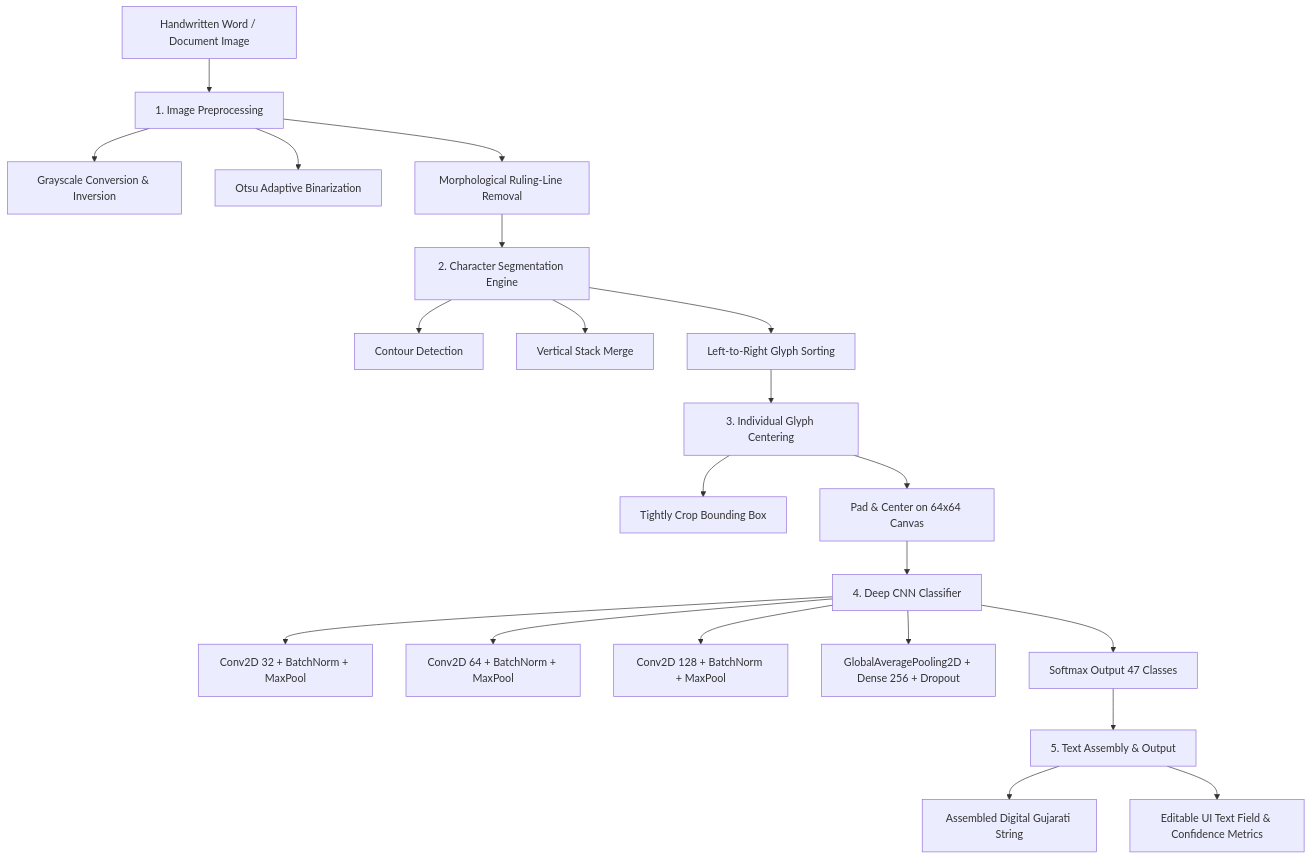
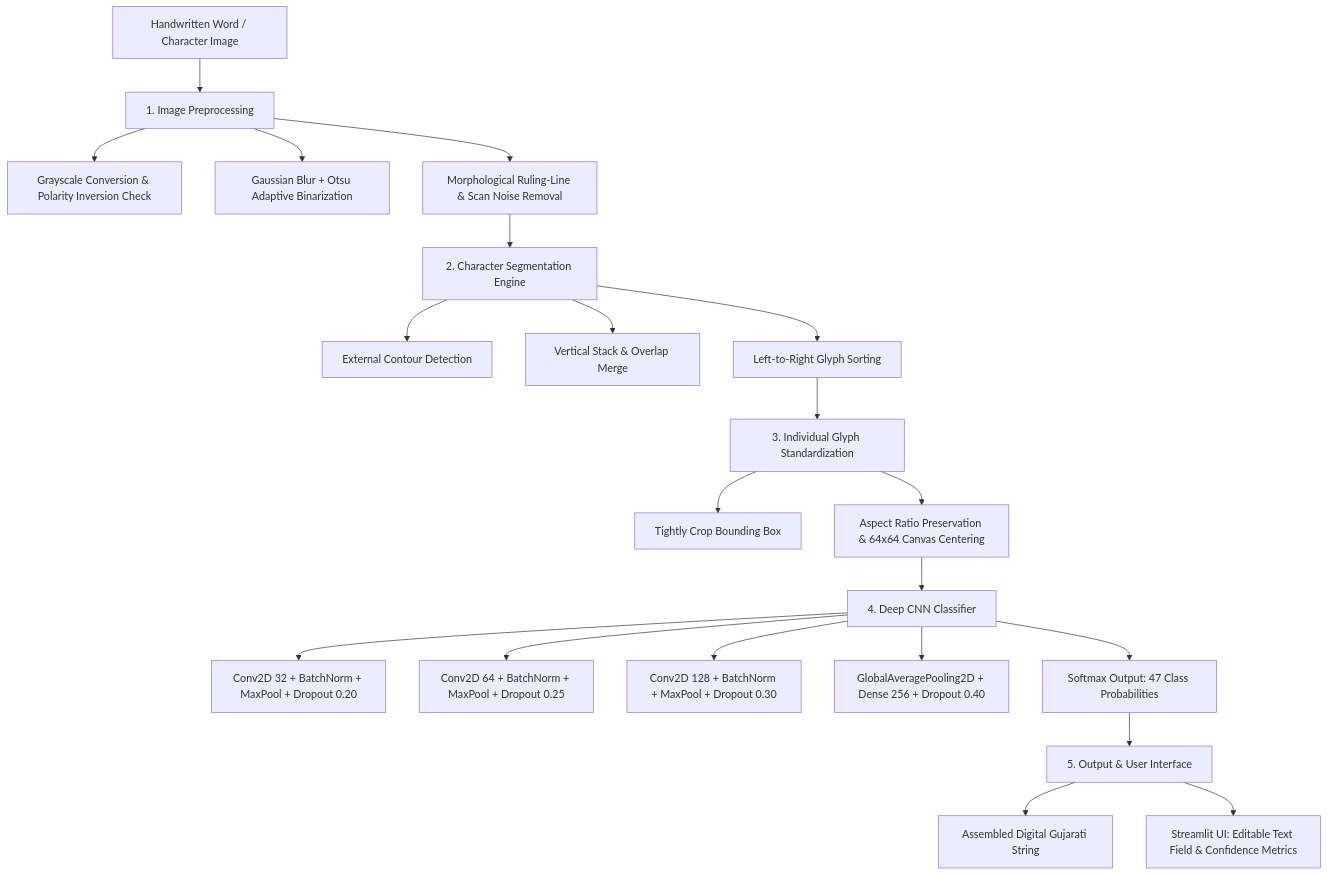
One commit to v0hra27/Gujarati-Handwriting-Recognition changed the diagram in README.md. Above: the diagram before and after it, drawn with Mermaid. The commit also changed other lines of this file and 4 other files, not shown here.

````diff
--- a/README.md
+++ b/README.md
@@ -18,27 +28,27 @@
 ```mermaid
 graph TD
-    A[Handwritten Word / Document Image] --> B[1. Image Preprocessing]
-    B --> B1[Grayscale Conversion & Inversion]
-    B --> B2[Otsu Adaptive Binarization]
-    B --> B3[Morphological Ruling-Line Removal]
+    A[Handwritten Word / Character Image] --> B[1. Image Preprocessing]
+    B --> B1[Grayscale Conversion & Polarity Inversion Check]
+    B --> B2[Gaussian Blur + Otsu Adaptive Binarization]
+    B --> B3[Morphological Ruling-Line & Scan Noise Removal]
     
     B3 --> C[2. Character Segmentation Engine]
-    C --> C1[Contour Detection]
-    C --> C2[Vertical Stack Merge]
+    C --> C1[External Contour Detection]
+    C --> C2[Vertical Stack & Overlap Merge]
     C --> C3[Left-to-Right Glyph Sorting]
     
-    C3 --> D[3. Individual Glyph Centering]
+    C3 --> D[3. Individual Glyph Standardization]
     D --> D1[Tightly Crop Bounding Box]
-    D --> D2[Pad & Center on 64x64 Canvas]
+    D --> D2[Aspect Ratio Preservation & 64x64 Canvas Centering]
     
     D2 --> E[4. Deep CNN Classifier]
-    E --> E1[Conv2D 32 + BatchNorm + MaxPool]
-    E --> E2[Conv2D 64 + BatchNorm + MaxPool]
-    E --> E3[Conv2D 128 + BatchNorm + MaxPool]
-    E --> E4[GlobalAveragePooling2D + Dense 256 + Dropout]
-    E --> E5[Softmax Output 47 Classes]
+    E --> E1[Conv2D 32 + BatchNorm + MaxPool + Dropout 0.20]
+    E --> E2[Conv2D 64 + BatchNorm + MaxPool + Dropout 0.25]
+    E --> E3[Conv2D 128 + BatchNorm + MaxPool + Dropout 0.30]
+    E --> E4[GlobalAveragePooling2D + Dense 256 + Dropout 0.40]
+    E --> E5[Softmax Output: 47 Class Probabilities]
     
-    E5 --> F[5. Text Assembly & Output]
+    E5 --> F[5. Output & User Interface]
     F --> F1[Assembled Digital Gujarati String]
-    F --> F2[Editable UI Text Field & Confidence Metrics]
+    F --> F2[Streamlit UI: Editable Text Field & Confidence Metrics]
 ```
````
